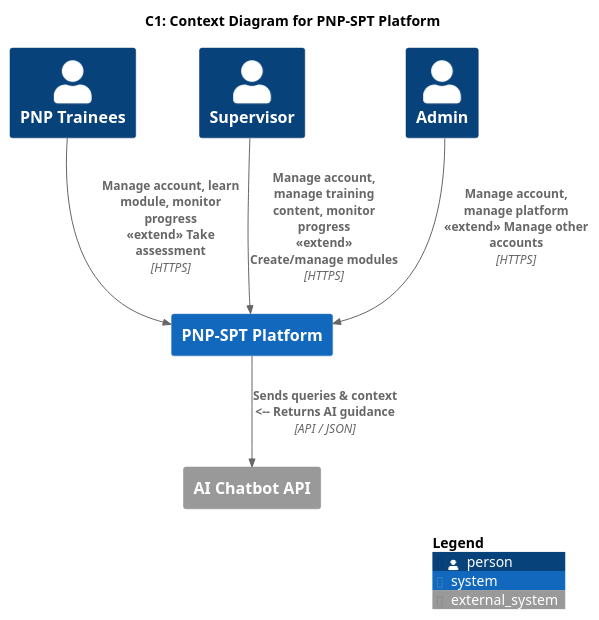
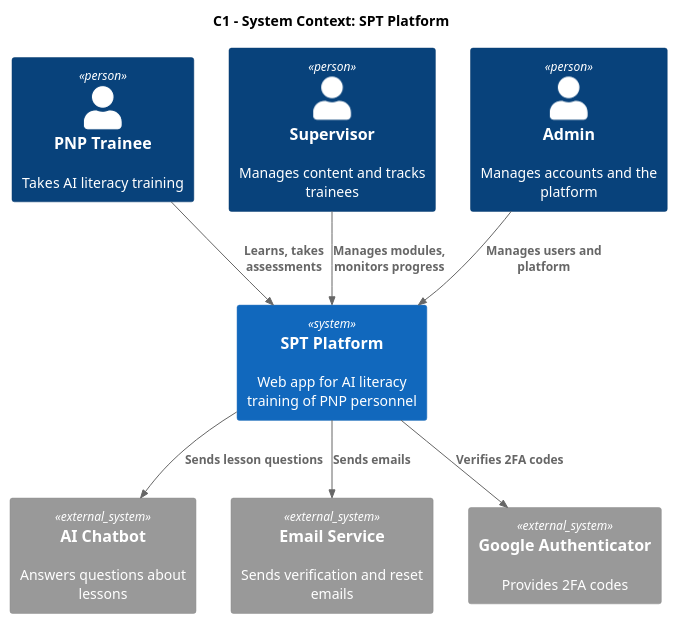
One commit to APC-SoCIT/APC-2026-2027-T1-IT241-Grp4-PNP-SPT-Platform changed the diagram in docs/MSYADD1/c1_context.puml. Above: the diagram before and after it, drawn with PlantUML. The commit also changed 7 other files, not shown here.

Commit message:
updated c1 - c4  diagram

```diff
--- a/docs/MSYADD1/c1_context.puml
+++ b/docs/MSYADD1/c1_context.puml
@@ -1,25 +1,24 @@
-@startuml System_Context_Diagram_for_PNP-SPT_Platform
-!include https://raw.githubusercontent.com/plantuml-stdlib/C4-PlantUML/master/C4_Context.puml
+@startuml C1_System_Context
+!include <C4/C4_Context>
 
-LAYOUT_TOP_DOWN()
-LAYOUT_WITH_LEGEND()
+title C1 - System Context: SPT Platform
 
-title C1: Context Diagram for PNP-SPT Platform
+Person(trainee, "PNP Trainee", "Takes AI literacy training")
+Person(supervisor, "Supervisor", "Manages content and tracks trainees")
+Person(admin, "Admin", "Manages accounts and the platform")
 
-Person(trainees, "PNP Trainees")
-Person(supervisor, "Supervisor")
-Person(admin, "Admin")
+System(spt, "SPT Platform", "Web app for AI literacy training of PNP personnel")
 
-System(sptPlatform, "PNP-SPT Platform")
-System_Ext(aiChatbot, "AI Chatbot API")
+System_Ext(chatbot, "AI Chatbot", "Answers questions about lessons")
+System_Ext(email, "Email Service", "Sends verification and reset emails")
+System_Ext(auth, "Google Authenticator", "Provides 2FA codes")
 
-' Users to System (Combined Core and Extended Use Cases)
-Rel(trainees, sptPlatform, "Manage account, learn module, monitor progress\n<<extend>> Take assessment", "HTTPS")
-Rel(supervisor, sptPlatform, "Manage account, manage training content, monitor progress\n<<extend>> Create/manage modules", "HTTPS")
-Rel(admin, sptPlatform, "Manage account, manage platform\n<<extend>> Manage other accounts", "HTTPS")
+Rel(trainee, spt, "Learns, takes assessments")
+Rel(supervisor, spt, "Manages modules, monitors progress")
+Rel(admin, spt, "Manages users and platform")
 
-' System to External AI (Combined Send/Receive)
-Rel(sptPlatform, aiChatbot, "Sends queries & context\n<-- Returns AI guidance", "API / JSON")
+Rel(spt, chatbot, "Sends lesson questions")
+Rel(spt, email, "Sends emails")
+Rel(spt, auth, "Verifies 2FA codes")
 
-SHOW_LEGEND()
 @enduml
```
